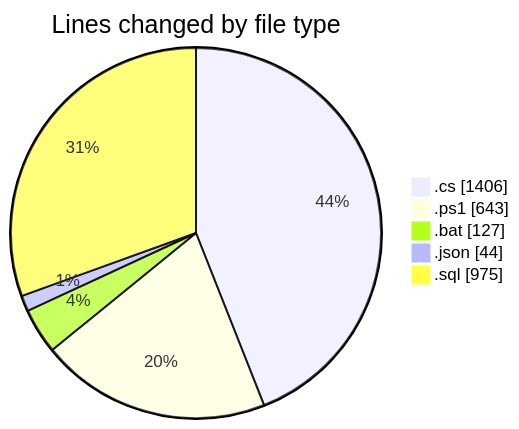
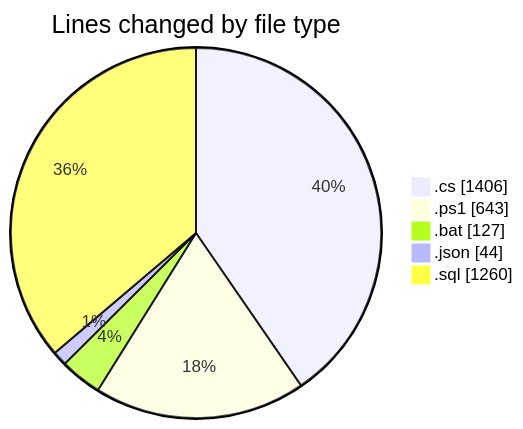
Before and after one commit to lephambinh05/code-tracking: the first of 2 diagrams in 2025-07-28/quanlyrapchieuphim-2/README.md, drawn with Mermaid. The commit also changed other lines of this file and 1 other file, not shown here.

````diff
--- a/2025-07-28/quanlyrapchieuphim-2/README.md
+++ b/2025-07-28/quanlyrapchieuphim-2/README.md
@@ -37,9 +38,9 @@
 ```mermaid
 pie showData
 title Lines changed by file type
 ".cs" : 1406
 ".ps1" : 643
 ".bat" : 127
 ".json" : 44
-".sql" : 975
+".sql" : 1260
 ```
````
